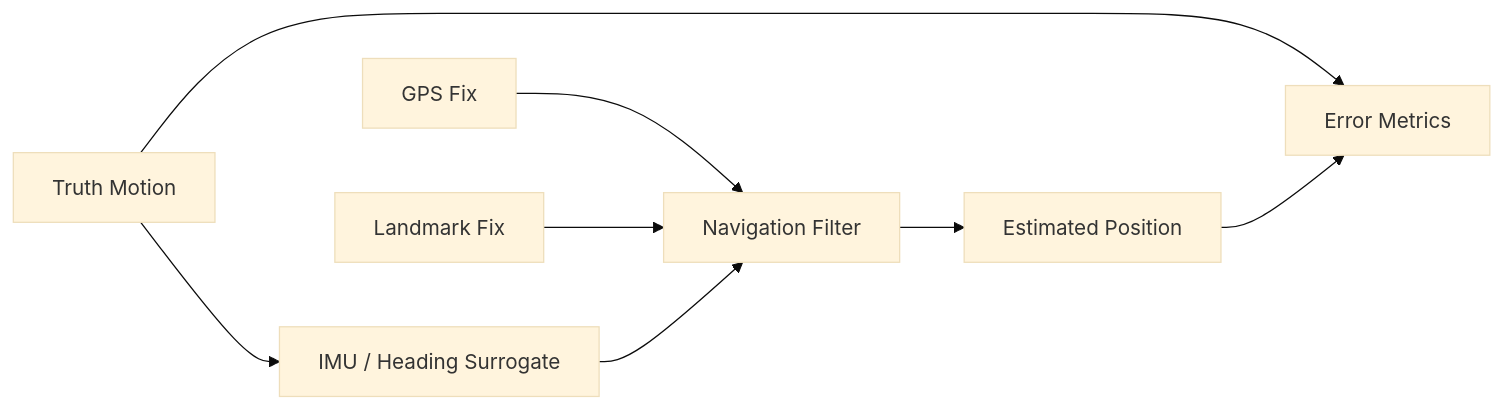
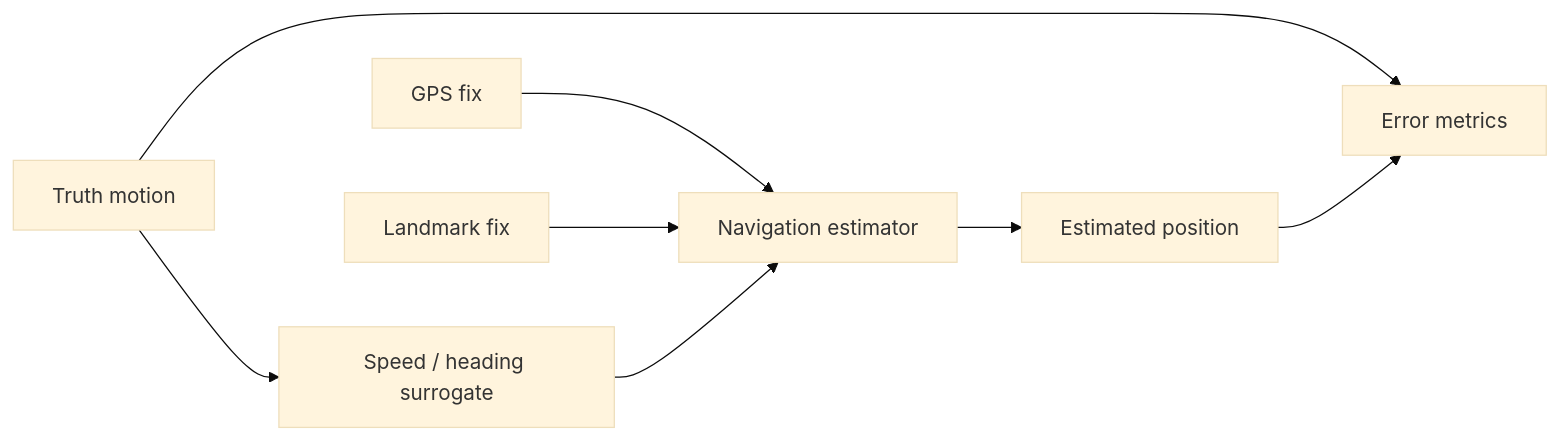
The diagram in README.md (skytruong90/GPS-Denied-Navigation-Lab), drawn with Mermaid (base theme) before and after one commit. The commit also changed other lines of this file, not shown here.

Commit message:
Expand denied-navigation README

````diff
--- a/README.md
+++ b/README.md
@@ -14,10 +25,10 @@
 ```mermaid
 flowchart LR
- T[Truth Motion] --> S[IMU / Heading Surrogate]
- G[GPS Fix] --> F[Navigation Filter]
- L[Landmark Fix] --> F
+ T[Truth motion] --> S[Speed / heading surrogate]
+ G[GPS fix] --> F[Navigation estimator]
+ L[Landmark fix] --> F
  S --> F
- F --> E[Estimated Position]
- T --> M[Error Metrics]
+ F --> E[Estimated position]
+ T --> M[Error metrics]
  E --> M
 ```
````
